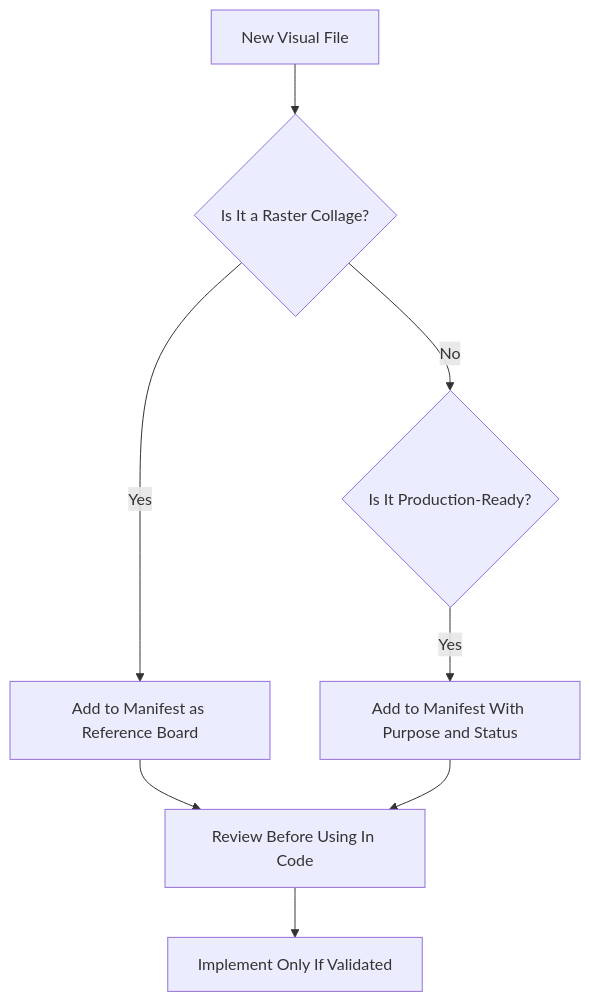
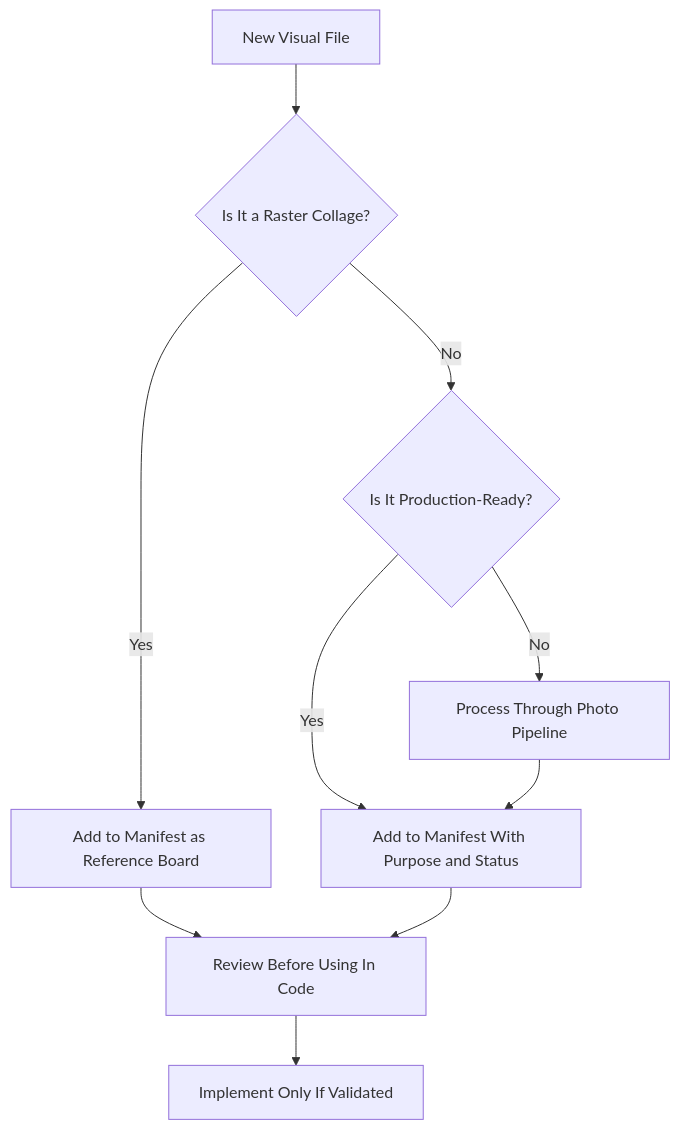
Before and after one commit to quangkiet1/anh-xin-loi: the sixth of 8 diagrams in .qoder/repowiki/en/content/Asset Management and References.md, drawn with Mermaid. The commit also changed other lines of this file and 13 other files, not shown here.

````diff
--- a/.qoder/repowiki/en/content/Asset Management and References.md
+++ b/.qoder/repowiki/en/content/Asset Management and References.md
@@ -187,10 +261,12 @@
 ```mermaid
 flowchart TD
 NewFile["New Visual File"] --> Classify{"Is It a Raster Collage?"}
 Classify --> |Yes| AddAsReference["Add to Manifest as Reference Board"]
 Classify --> |No| CheckStatus{"Is It Production-Ready?"}
 CheckStatus --> |Yes| AddToManifest["Add to Manifest With Purpose and Status"]
+CheckStatus --> |No| ProcessImage["Process Through Photo Pipeline"]
 AddAsReference --> Review["Review Before Using In Code"]
 AddToManifest --> Review
+ProcessImage --> AddToManifest
 Review --> Implement["Implement Only If Validated"]
 ```
````
